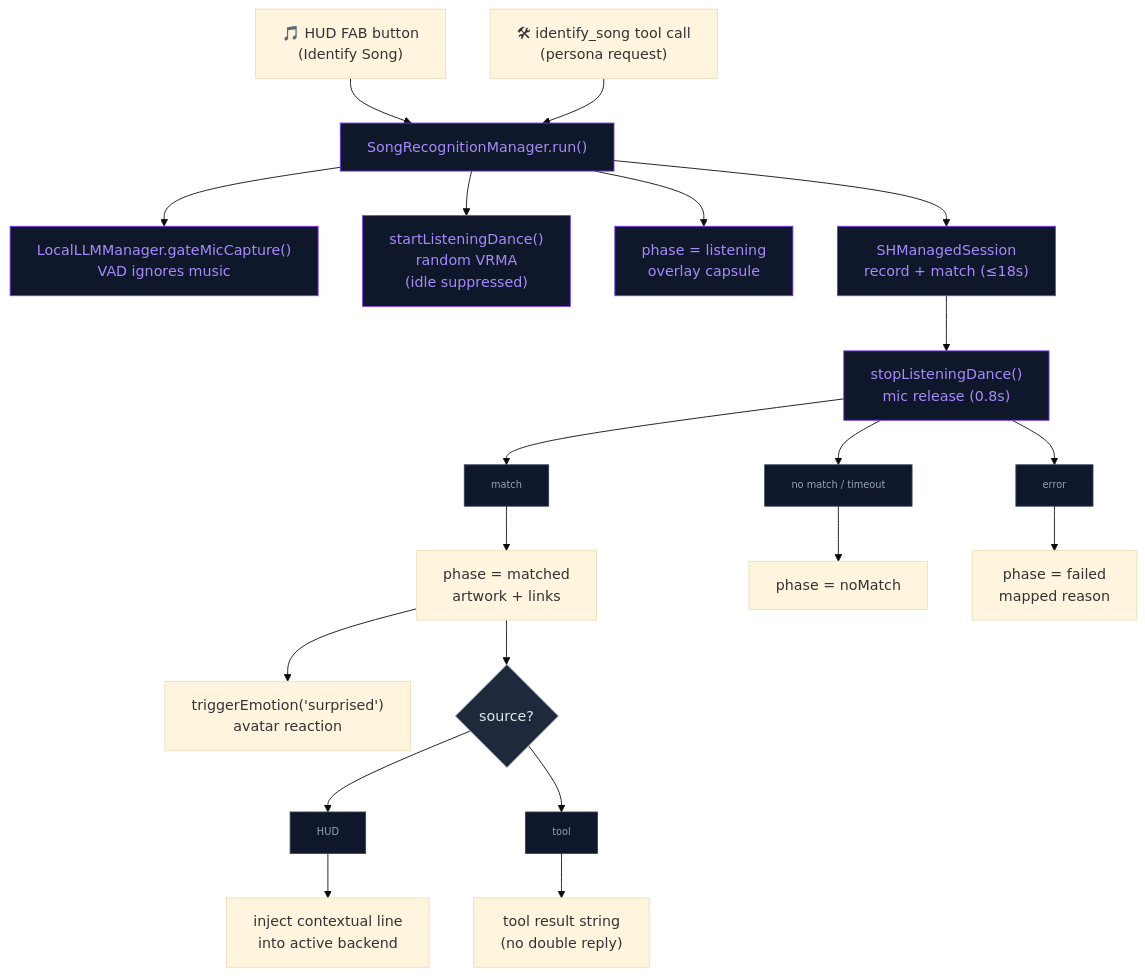
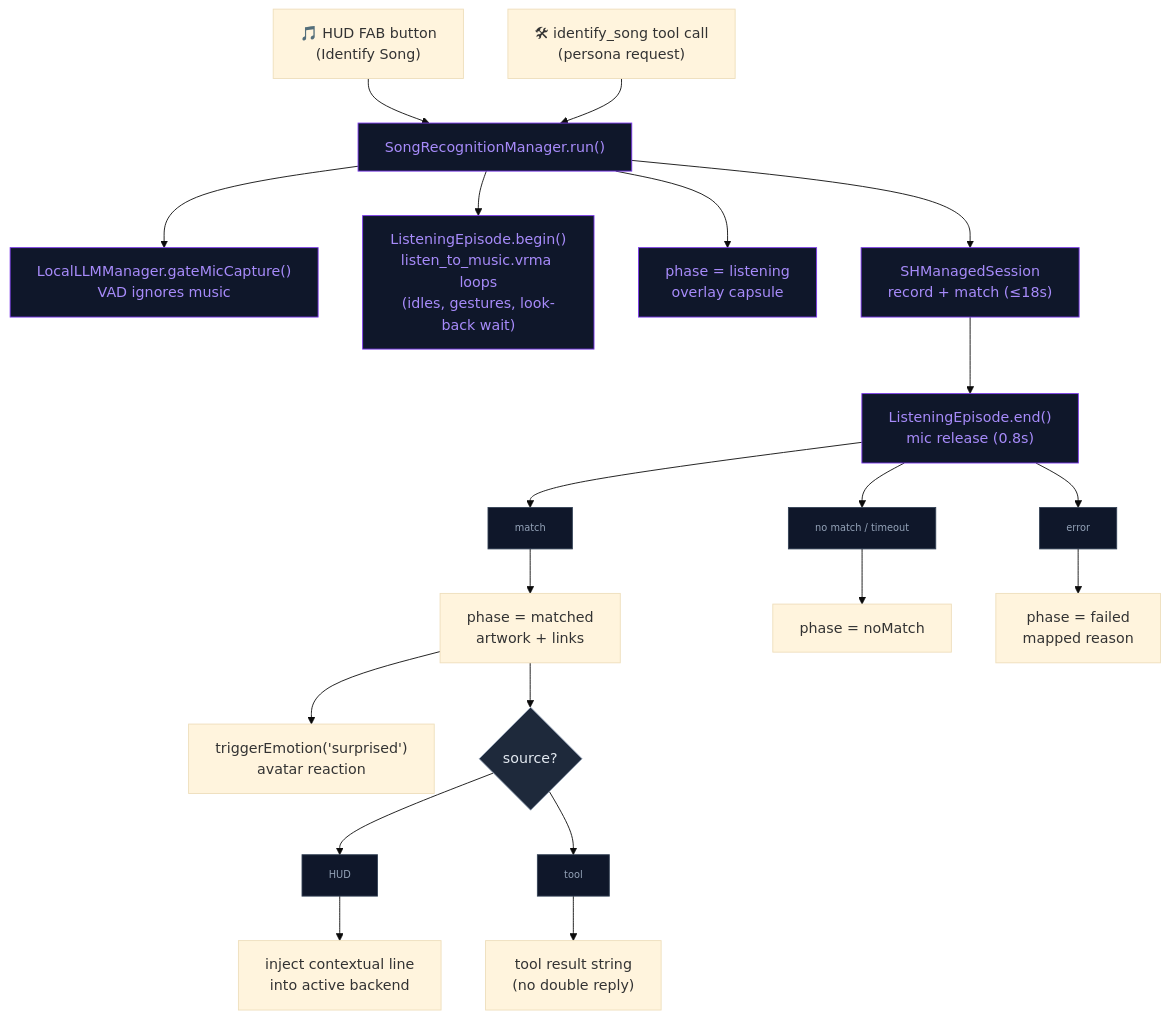
One commit to kevinliddel/NeuraLink changed the diagram in docs/SONG_RECOGNITION.md. Above: the diagram before and after it, drawn with Mermaid (base theme). The commit also changed other lines of this file and 11 other files, not shown here.

First line of the commit message:
Adds listening episode for song recognition

````diff
--- a/docs/SONG_RECOGNITION.md
+++ b/docs/SONG_RECOGNITION.md
@@ -23,33 +23,33 @@
 ```mermaid
 flowchart TD
     FAB["🎵 HUD FAB button<br/>(Identify Song)"] --> RUN
     TOOL["🛠 identify_song tool call<br/>(persona request)"] --> RUN
 
     RUN["SongRecognitionManager.run()"] --> GATE["LocalLLMManager.gateMicCapture()<br/>VAD ignores music"]
-    RUN --> DANCE["startListeningDance()<br/>random VRMA<br/>(idle suppressed)"]
+    RUN --> DANCE["ListeningEpisode.begin()<br/>listen_to_music.vrma loops<br/>(idles, gestures, look-back wait)"]
     RUN --> CAPSULE["phase = listening<br/>overlay capsule"]
     RUN --> SHZ["SHManagedSession<br/>record + match (≤18s)"]
 
-    SHZ --> CLEANUP["stopListeningDance()<br/>mic release (0.8s)"]
+    SHZ --> CLEANUP["ListeningEpisode.end()<br/>mic release (0.8s)"]
 
     CLEANUP --> D1["match"] --> SONG["phase = matched<br/>artwork + links"]
     CLEANUP --> D2["no match / timeout"] --> NOMATCH["phase = noMatch"]
     CLEANUP --> D3["error"] --> FAIL["phase = failed<br/>mapped reason"]
 
     SONG --> EMO["triggerEmotion('surprised')<br/>avatar reaction"]
     SONG --> SRC{"source?"}
 
     SRC --> D4["HUD"] --> INJECT["inject contextual line<br/>into active backend"]
     SRC --> D5["tool"] --> RESULT["tool result string<br/>(no double reply)"]
 
     %% Styles
     classDef core fill:#0f172a,stroke:#7c3aed,color:#a78bfa
     classDef decision fill:#1e293b,stroke:#94a3b8,color:#e2e8f0
 
     class RUN,GATE,DANCE,CAPSULE,SHZ,CLEANUP core
     class SRC decision
 
     %% Data nodes (consistent system-wide)
     classDef data fill:#0f172a,stroke:#334155,color:#94a3b8,font-size:11px
     class D1,D2,D3,D4,D5 data
 ```
````
